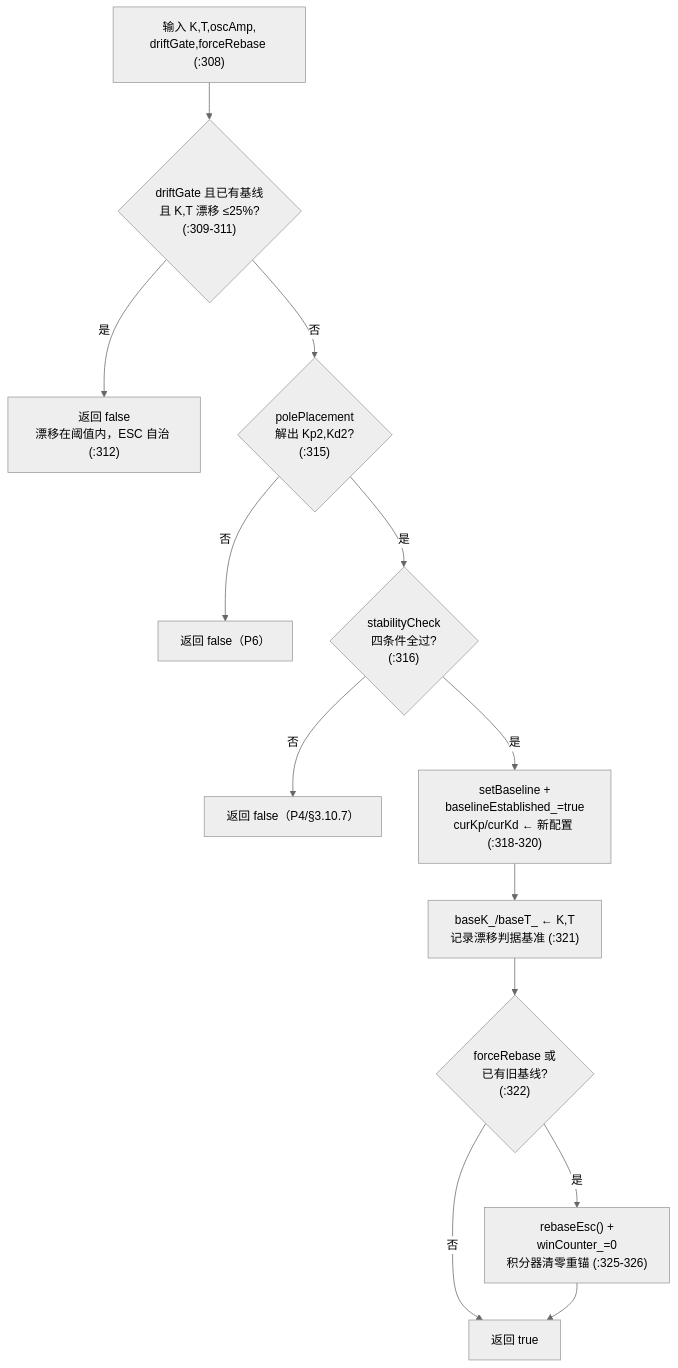
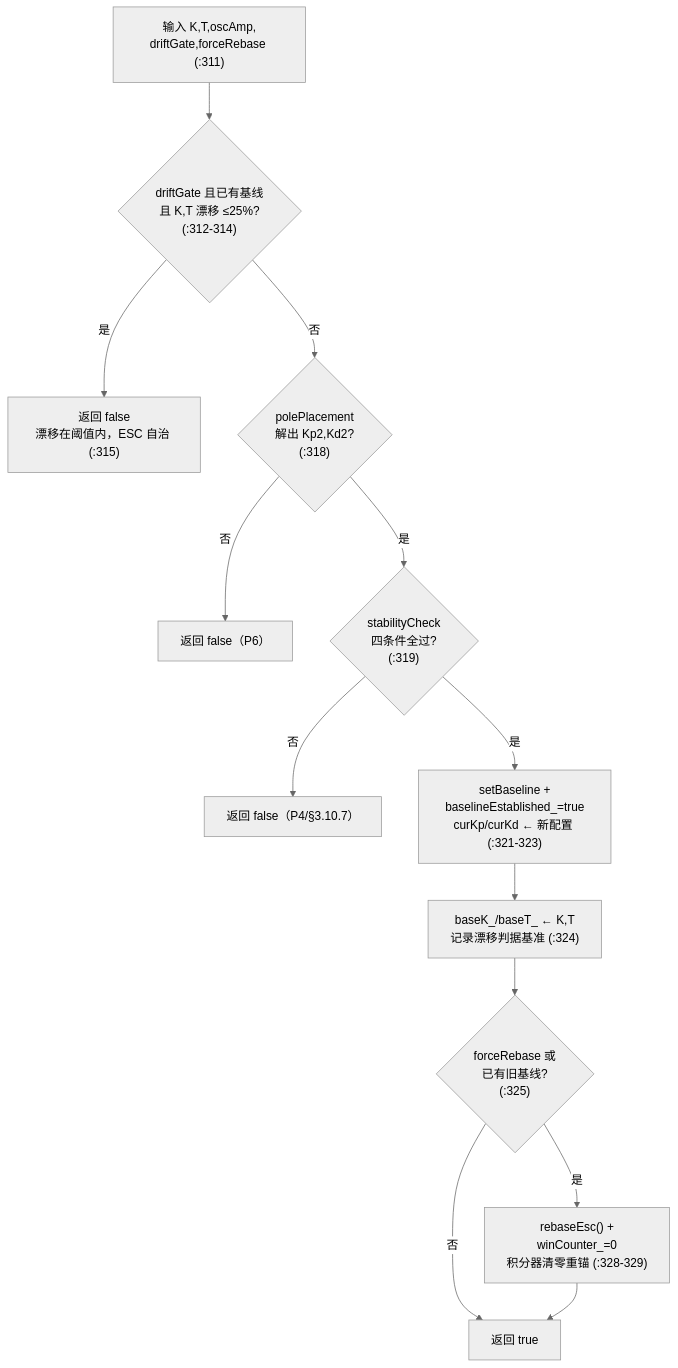
The eighth of 16 diagrams in docs/ESC代码函数实现流程.md (jimaka/auto_rudder), drawn with Mermaid (neutral theme) before and after one commit. The commit also changed other lines of this file and 24 other files, not shown here.

````diff
--- a/docs/ESC代码函数实现流程.md
+++ b/docs/ESC代码函数实现流程.md
@@ -467,15 +467,15 @@
 ```mermaid
 flowchart TD
-    A["输入 K,T,oscAmp,<br/>driftGate,forceRebase (:308)"] --> B{"driftGate 且已有基线<br/>且 K,T 漂移 ≤25%?<br/>(:309-311)"}
-    B -- 是 --> C["返回 false<br/>漂移在阈值内，ESC 自治 (:312)"]
-    B -- 否 --> D{"polePlacement<br/>解出 Kp2,Kd2?<br/>(:315)"}
+    A["输入 K,T,oscAmp,<br/>driftGate,forceRebase (:311)"] --> B{"driftGate 且已有基线<br/>且 K,T 漂移 ≤25%?<br/>(:312-314)"}
+    B -- 是 --> C["返回 false<br/>漂移在阈值内，ESC 自治 (:315)"]
+    B -- 否 --> D{"polePlacement<br/>解出 Kp2,Kd2?<br/>(:318)"}
     D -- 否 --> E["返回 false（P6）"]
-    D -- 是 --> F{"stabilityCheck<br/>四条件全过?<br/>(:316)"}
+    D -- 是 --> F{"stabilityCheck<br/>四条件全过?<br/>(:319)"}
     F -- 否 --> G["返回 false（P4/§3.10.7）"]
-    F -- 是 --> H["setBaseline +<br/>baselineEstablished_=true<br/>curKp/curKd ← 新配置 (:318-320)"]
-    H --> I["baseK_/baseT_ ← K,T<br/>记录漂移判据基准 (:321)"]
-    I --> J{"forceRebase 或<br/>已有旧基线?<br/>(:322)"}
-    J -- 是 --> K["rebaseEsc() +<br/>winCounter_=0<br/>积分器清零重锚 (:325-326)"]
+    F -- 是 --> H["setBaseline +<br/>baselineEstablished_=true<br/>curKp/curKd ← 新配置 (:321-323)"]
+    H --> I["baseK_/baseT_ ← K,T<br/>记录漂移判据基准 (:324)"]
+    I --> J{"forceRebase 或<br/>已有旧基线?<br/>(:325)"}
+    J -- 是 --> K["rebaseEsc() +<br/>winCounter_=0<br/>积分器清零重锚 (:328-329)"]
     J -- 否 --> L
     K --> L["返回 true"]
 ```
````
